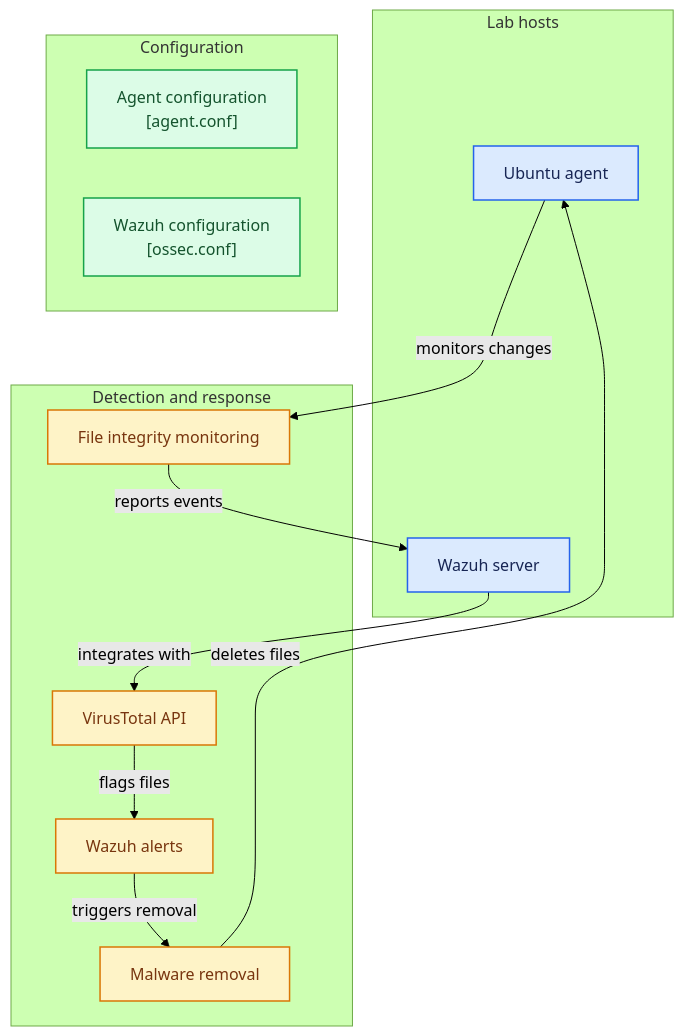
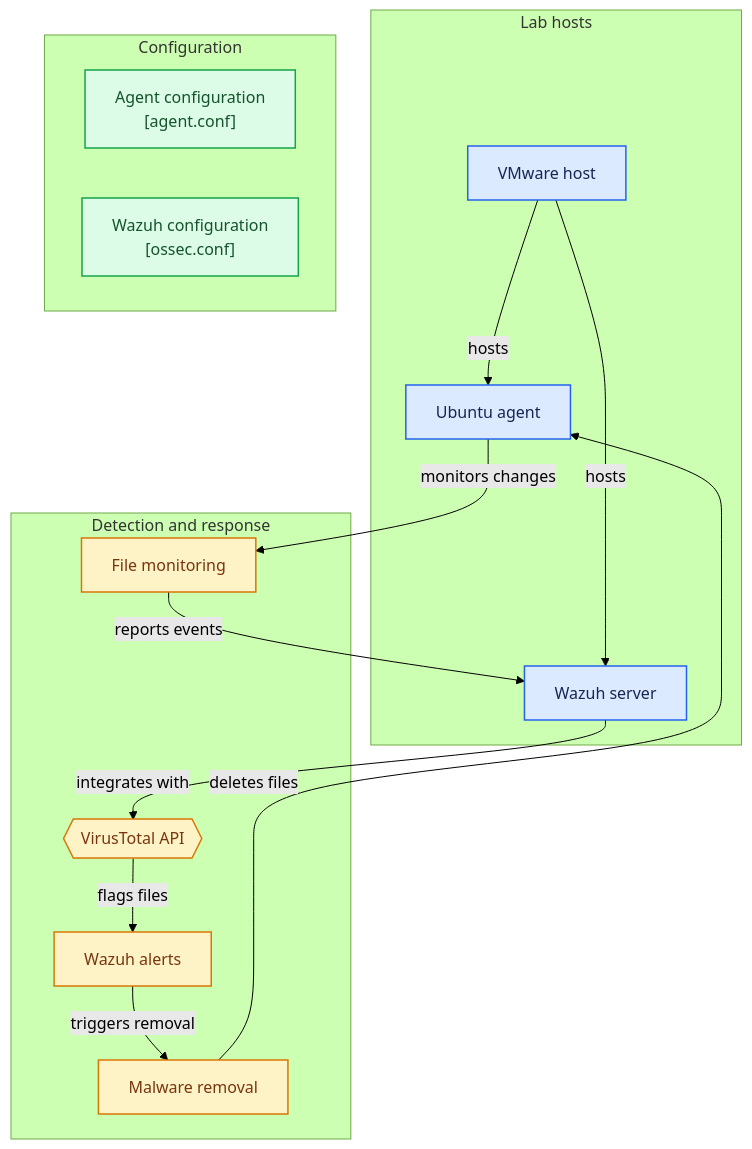
The diagram in README.md (michaelbosaz/SIEM-Homelab), drawn with Mermaid (forest theme) before and after one commit. The commit also changed other lines of this file, not shown here.

````diff
--- a/README.md
+++ b/README.md
@@ -11,41 +11,45 @@
 ```mermaid
+%% Generated by https://gitdiagram.com/michaelbosaz/siem-homelab
 flowchart TD
 
 subgraph group_hosts["Lab hosts"]
+  node_vmware["VMware host"]
   node_agent["Ubuntu agent"]
   node_server["Wazuh server"]
 end
 
 subgraph group_detection["Detection and response"]
-  node_fim["File integrity monitoring"]
-  node_virustotal["VirusTotal API"]
+  node_fim["File monitoring"]
+  node_virustotal{{"VirusTotal API"}}
   node_alerts["Wazuh alerts"]
   node_response["Malware removal"]
 end
 
 subgraph group_configuration["Configuration"]
   node_agent_config["Agent configuration<br/>[agent.conf]"]
   node_ossec_config["Wazuh configuration<br/>[ossec.conf]"]
 end
 
+node_vmware -->|"hosts"| node_agent
+node_vmware -->|"hosts"| node_server
 node_agent -->|"monitors changes"| node_fim
 node_fim -->|"reports events"| node_server
 node_server -->|"integrates with"| node_virustotal
 node_virustotal -->|"flags files"| node_alerts
 node_alerts -->|"triggers removal"| node_response
 node_response -->|"deletes files"| node_agent
 
 click node_agent_config "https://github.com/michaelbosaz/siem-homelab/blob/main/configs/agent.conf"
 click node_ossec_config "https://github.com/michaelbosaz/siem-homelab/blob/main/configs/ossec.conf"
 
 classDef toneNeutral fill:#f8fafc,stroke:#334155,stroke-width:1.5px,color:#0f172a
 classDef toneBlue fill:#dbeafe,stroke:#2563eb,stroke-width:1.5px,color:#172554
 classDef toneAmber fill:#fef3c7,stroke:#d97706,stroke-width:1.5px,color:#78350f
 classDef toneMint fill:#dcfce7,stroke:#16a34a,stroke-width:1.5px,color:#14532d
 classDef toneRose fill:#ffe4e6,stroke:#e11d48,stroke-width:1.5px,color:#881337
 classDef toneIndigo fill:#e0e7ff,stroke:#4f46e5,stroke-width:1.5px,color:#312e81
 classDef toneTeal fill:#ccfbf1,stroke:#0f766e,stroke-width:1.5px,color:#134e4a
-class node_agent,node_server toneBlue
+class node_vmware,node_agent,node_server toneBlue
 class node_fim,node_virustotal,node_alerts,node_response toneAmber
 class node_agent_config,node_ossec_config toneMint
 ```
````
